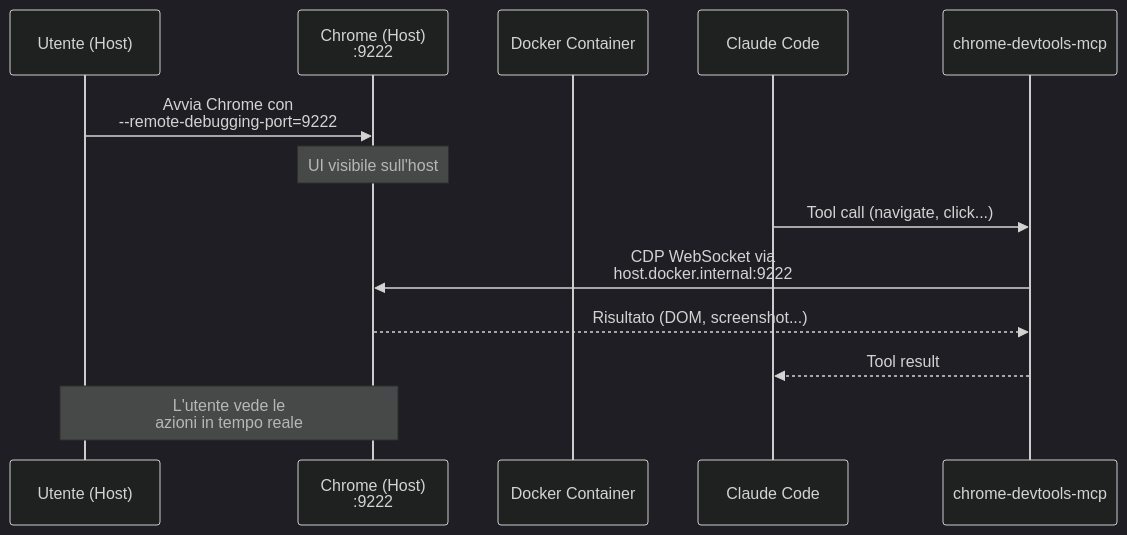
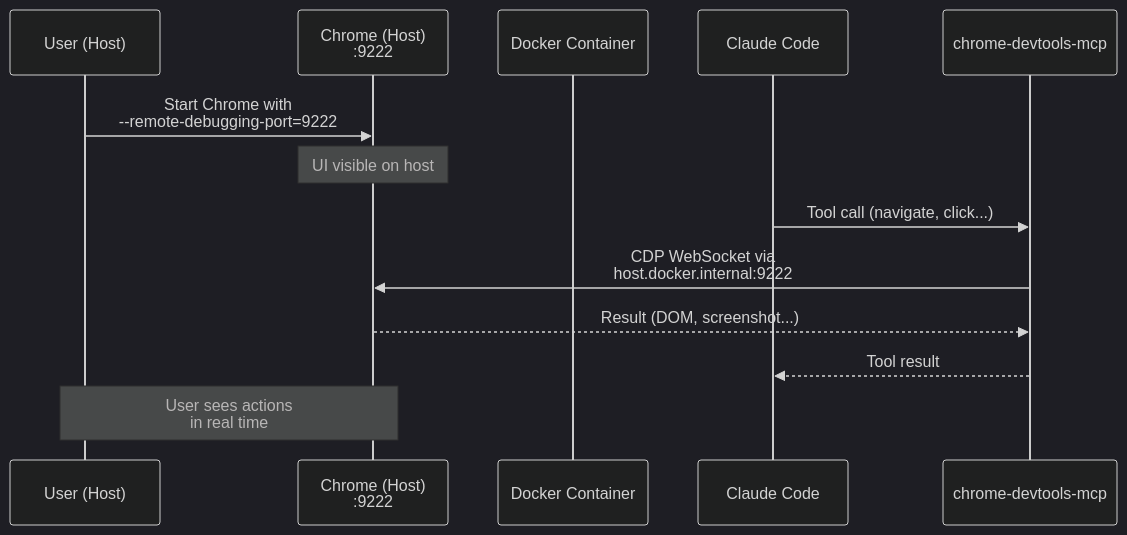
The first of 3 diagrams in docs/maintainer/future/browser-mcp/analysis.md (alergyonthestage/claude-orchestrator), drawn with Mermaid (dark theme) before and after one commit. The commit also changed other lines of this file and 18 other files, not shown here.

````diff
--- a/docs/maintainer/future/browser-mcp/analysis.md
+++ b/docs/maintainer/future/browser-mcp/analysis.md
@@ -336,18 +331,18 @@
 ```mermaid
 sequenceDiagram
-    participant User as Utente (Host)
+    participant User as User (Host)
     participant Chrome as Chrome (Host)<br/>:9222
     participant Container as Docker Container
     participant Claude as Claude Code
     participant MCP as chrome-devtools-mcp
 
-    User->>Chrome: Avvia Chrome con<br/>--remote-debugging-port=9222
-    Note over Chrome: UI visibile sull'host
+    User->>Chrome: Start Chrome with<br/>--remote-debugging-port=9222
+    Note over Chrome: UI visible on host
 
     Claude->>MCP: Tool call (navigate, click...)
     MCP->>Chrome: CDP WebSocket via<br/>host.docker.internal:9222
-    Chrome-->>MCP: Risultato (DOM, screenshot...)
+    Chrome-->>MCP: Result (DOM, screenshot...)
     MCP-->>Claude: Tool result
 
-    Note over User,Chrome: L'utente vede le<br/>azioni in tempo reale
+    Note over User,Chrome: User sees actions<br/>in real time
 ```
````
